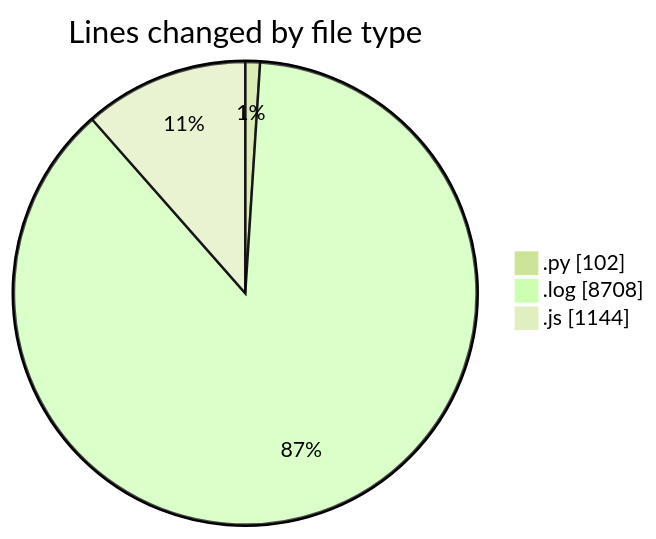
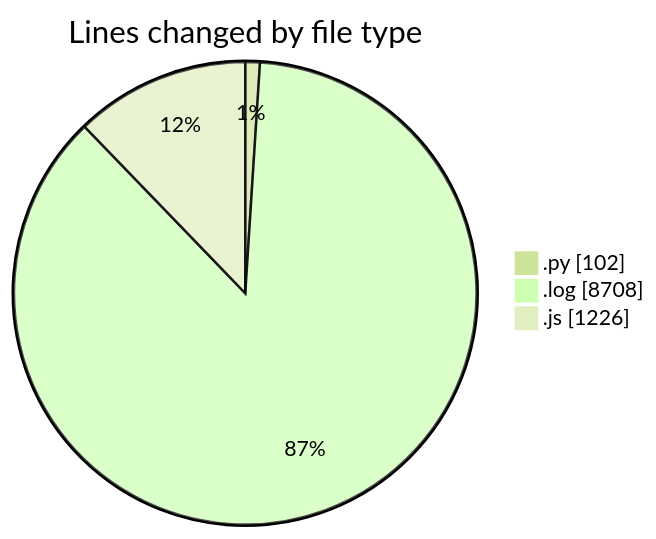
Before and after one commit to nxtqubesakshisongat/code-tracking: the first of 2 diagrams in 2025-04-19/nxtqube_webapp/README.md, drawn with Mermaid (forest theme). The commit also changed other lines of this file and 1 other file, not shown here.

````diff
--- a/2025-04-19/nxtqube_webapp/README.md
+++ b/2025-04-19/nxtqube_webapp/README.md
@@ -27,7 +27,7 @@
 ```mermaid
 pie showData
 title Lines changed by file type
 ".py" : 102
 ".log" : 8708
-".js" : 1144
+".js" : 1226
 ```
````
